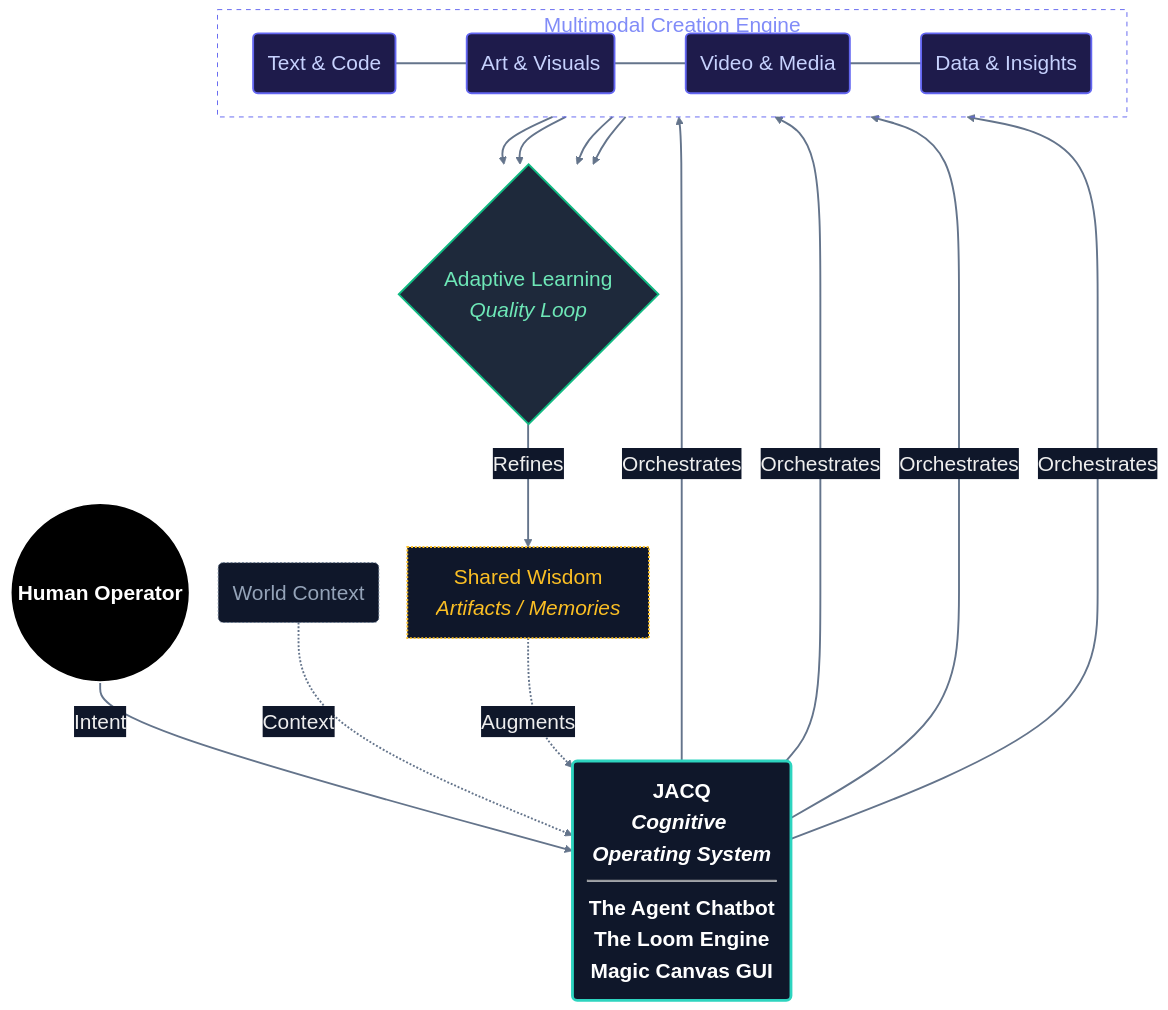
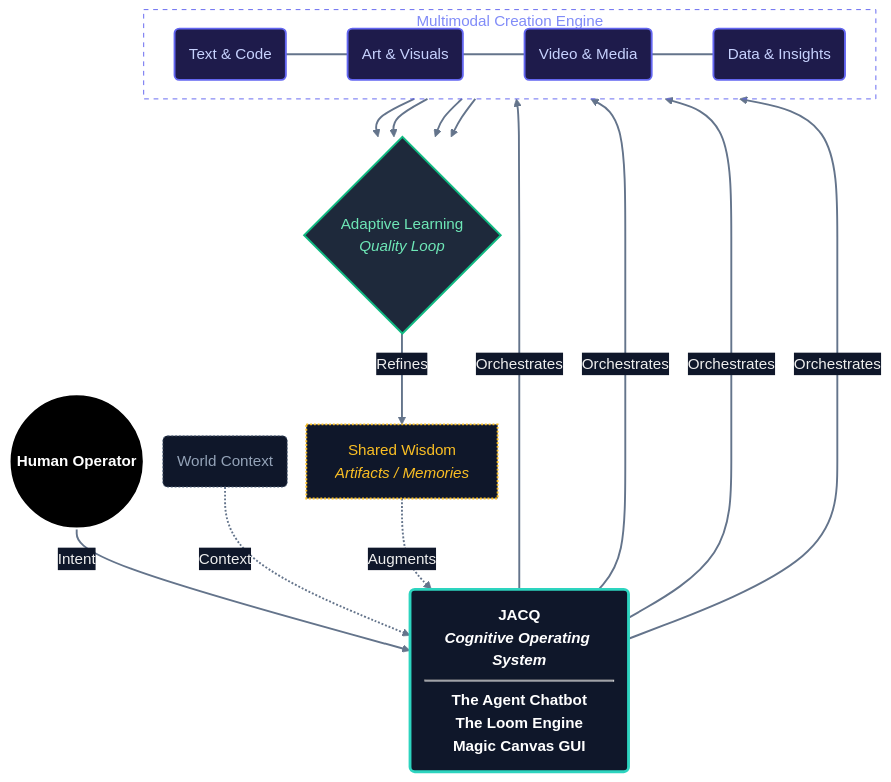
The diagram in assets/portfolio_ecosystem.mmd (shifujosh/shifujosh), drawn with Mermaid before and after one commit. The commit also changed 2 other files, not shown here.

Commit message:
style: update portfolio diagram (round 12 - font polish & spacing) & bust cache

```diff
--- a/assets/portfolio_ecosystem.mmd
+++ b/assets/portfolio_ecosystem.mmd
@@ -1,61 +1,61 @@
-%%{init: {'theme': 'base', 'themeVariables': { 'darkMode': true, 'background': 'transparent', 'primaryColor': '#1e293b', 'edgeLabelBackground':'#0f172a', 'fontSize': '22px', 'fontFamily': 'ui-sans-serif, system-ui, sans-serif' }, 'flowchart': { 'rankSpacing': 50, 'nodeSpacing': 30, 'curve': 'basis' } }}%%
+%%{init: {'theme': 'base', 'themeVariables': { 'darkMode': true, 'background': 'transparent', 'primaryColor': '#1e293b', 'edgeLabelBackground':'#0f172a', 'fontSize': '16px', 'fontFamily': 'Inter, system-ui, -apple-system, BlinkMacSystemFont, Segoe UI, Roboto, Helvetica Neue, Arial, sans-serif' }, 'flowchart': { 'rankSpacing': 40, 'nodeSpacing': 20, 'curve': 'basis' } }}%%
 graph TD
     %% Styling - Minimalist Dark Mode with Frontier Accents
     %% Hub: Central OS
     classDef hub fill:#0f172a,stroke:#2dd4bf,stroke-width:3px,color:#fff,font-weight:bold;
     %% Shared: Wisdom/Memory
     classDef wisdom fill:#0f172a,stroke:#fbbf24,stroke-width:2px,color:#fbbf24,stroke-dasharray: 2 2;
     %% Actor: User
     classDef actor fill:#000000,stroke:#fff,stroke-width:2px,color:#fff,font-weight:bold;
     %% Input: Context
     classDef input fill:#0f172a,stroke:#64748b,stroke-width:1px,color:#94a3b8,stroke-dasharray: 2 2;
     %% Frontier: Multimodal outputs
     classDef frontier fill:#1e1b4b,stroke:#6366f1,stroke-width:2px,color:#c7d2fe;
     %% Learning Loop
     classDef loop fill:#1e293b,stroke:#10b981,stroke-width:2px,color:#6ee7b7;
 
     %% 1. Inputs - Top Level
     User((Human Operator)):::actor
     World(World Context):::input
 
     %% 2. The Core
     JACQ(<b>JACQ</b><br/><i>Cognitive Operating System</i><hr/>The Agent <b>Chatbot</b><br/>The Loom <b>Engine</b><br/>Magic Canvas <b>GUI</b>):::hub
 
     %% 3. Multimodal Output Engine (Simplified)
     subgraph Outputs [Multimodal Creation Engine]
         direction LR
         style Outputs fill:none,stroke:#6366f1,stroke-width:1px,stroke-dasharray: 5 5,color:#818cf8
         Text(Text & Code):::frontier
         Visuals(Art & Visuals):::frontier
         Media(Video & Media):::frontier
         Data(Data & Insights):::frontier
     end
     
     %% 4. The Virtuous Cycle
     Learning{Adaptive Learning<br/><i>Quality Loop</i>}:::loop
     Wisdom[Shared Wisdom<br/><i>Artifacts / Memories</i>]:::wisdom
 
     %% Connection Logic - Vertical Flow
     User ==>|Intent| JACQ
     World -.->|Context| JACQ
     
     %% JACQ Direct to Outputs (Skipping Infra)
     JACQ ==>|Orchestrates| Text
     JACQ ==>|Orchestrates| Visuals
     JACQ ==>|Orchestrates| Media
     JACQ ==>|Orchestrates| Data
     
     %% Force Output Alignment
     Text ~~~ Visuals ~~~ Media ~~~ Data
     
     %% The Adaptive Loop
     Text --> Learning
     Visuals --> Learning
     Media --> Learning
     Data --> Learning
     
     Learning ==>|Refines| Wisdom
     Wisdom -.->|Augments| JACQ
 
     %% Layout - Explicit Link Styling
     linkStyle default stroke-width:2px,fill:none,stroke:#64748b
```
